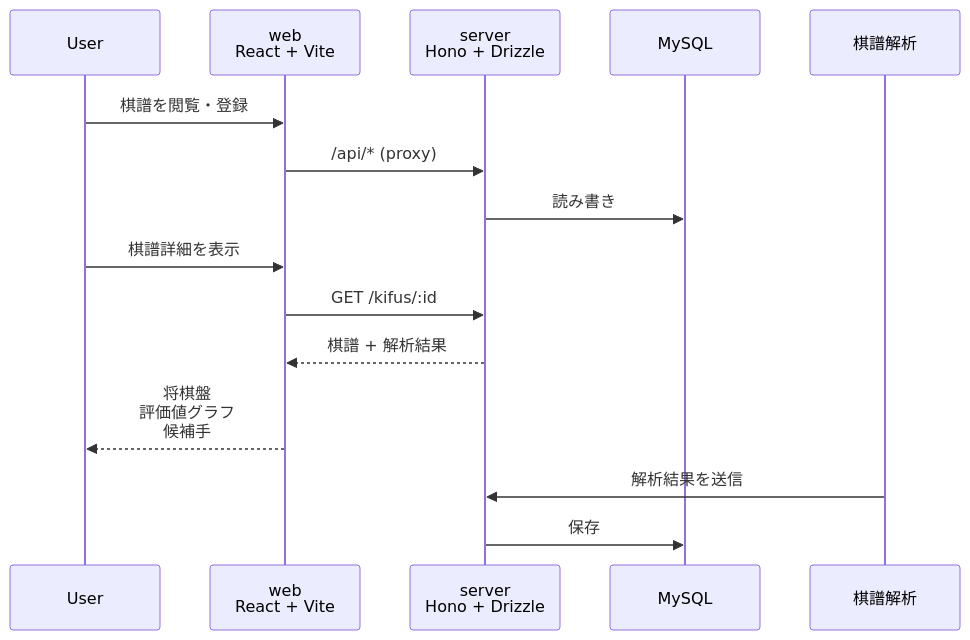
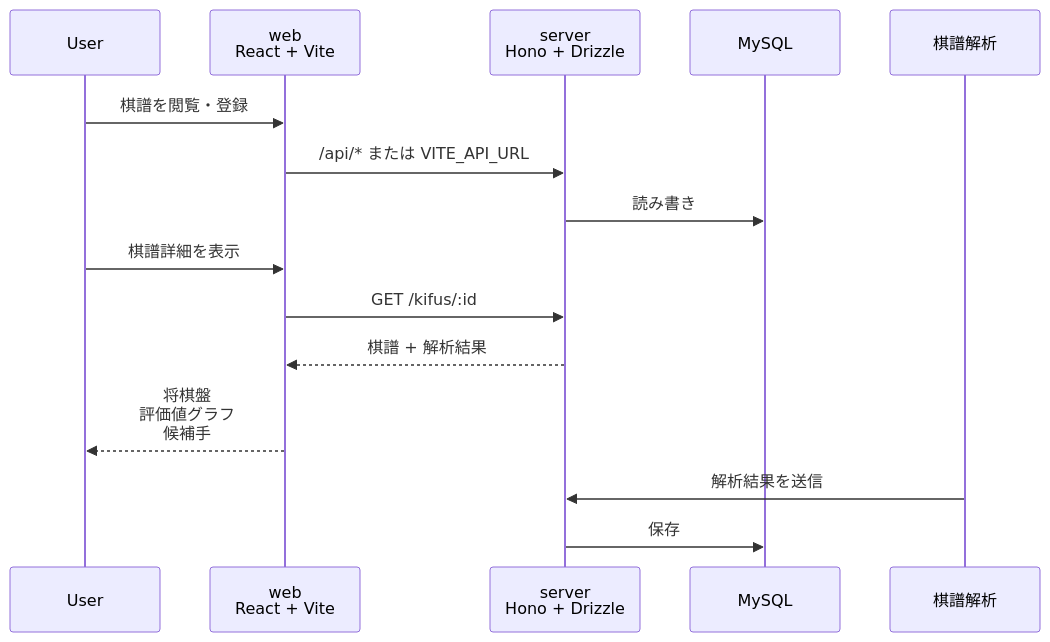
One commit to Daiius/seseraki changed the first of 2 diagrams in README.md. Above: the diagram before and after it, drawn with Mermaid. The commit also changed 2 other files, not shown here.

Commit message:
ドキュメントを最新の構成に追従
- CLAUDE.md: .env.web から API_URL を削除（VITE_API_URL に統一）
- SPEC.md: 構成図を proxy → fetch に変更、Drizzle ORM のバージョン
  記載を 1.0.0-beta.22 に更新
- README.md: フロントエンドのシーケンス図のラベルを「/api/* (proxy)」
  から「/api/* または VITE_API_URL」に変更

````diff
--- a/README.md
+++ b/README.md
@@ -13,20 +13,20 @@
 ```mermaid
 sequenceDiagram
     participant U as User
     participant W as web<br/>React + Vite
     participant S as server<br/>Hono + Drizzle
     participant DB as MySQL
     participant WK as 棋譜解析
 
     U->>W: 棋譜を閲覧・登録
-    W->>S: /api/* (proxy)
+    W->>S: /api/* または VITE_API_URL
     S->>DB: 読み書き
 
     U->>W: 棋譜詳細を表示
     W->>S: GET /kifus/:id
     S-->>W: 棋譜 + 解析結果
     W-->>U: 将棋盤<br>評価値グラフ<br>候補手
 
     WK->>S: 解析結果を送信
     S->>DB: 保存
 ```
````
